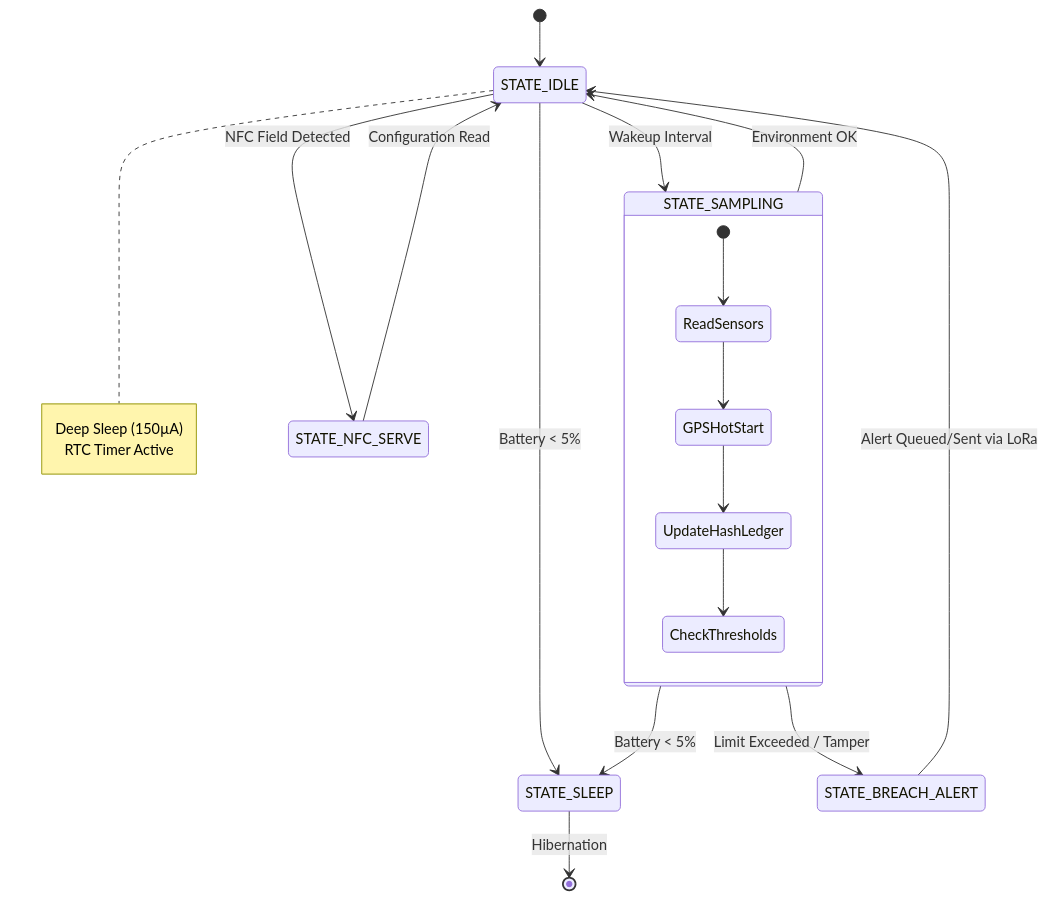
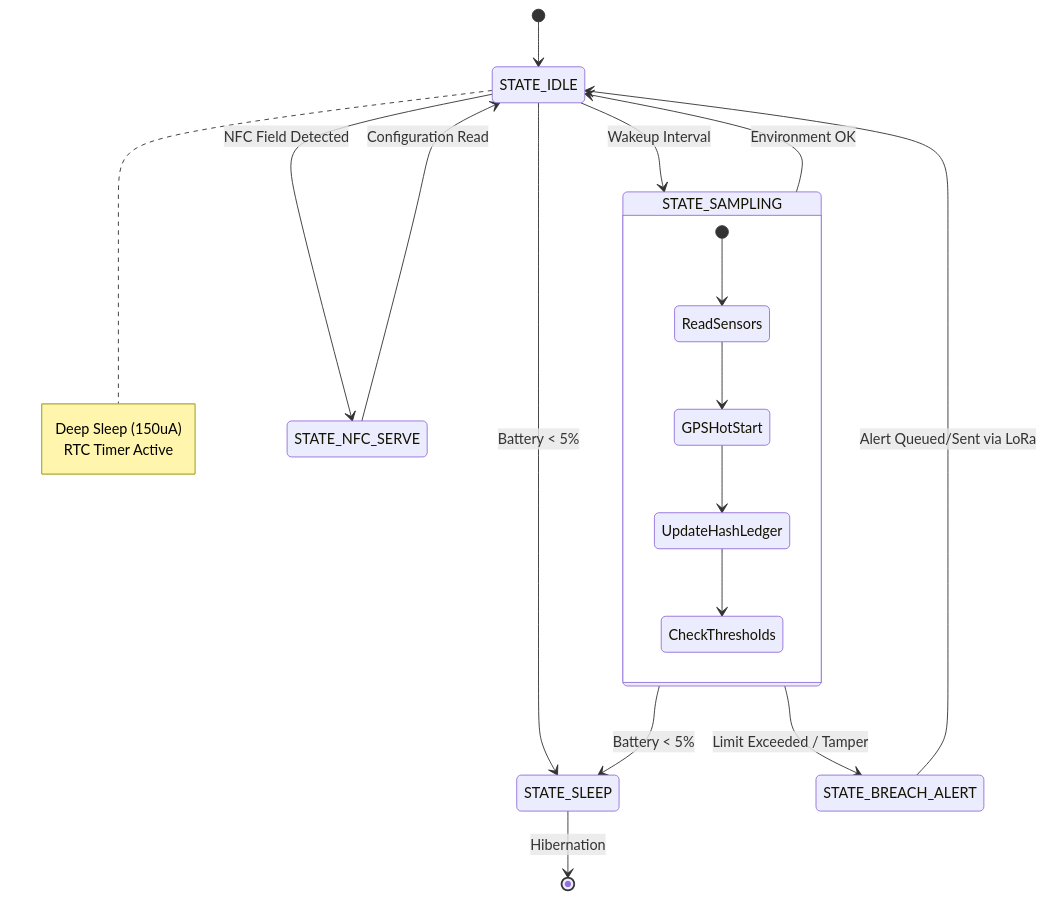
One commit to hydra-eng/CryoSentinel changed the second of 3 diagrams in README.md. Above: the diagram before and after it, drawn with Mermaid. The commit also changed other lines of this file and 2 other files, not shown here.

Commit message:
fix: Correct Mermaid diagrams, restore dashboard demo image, and convert schematic to compact playlist view

````diff
--- a/README.md
+++ b/README.md
@@ -165,31 +165,31 @@
 ```mermaid
 stateDiagram-v2
     direction TB
     
     [*] --> STATE_IDLE
     
     note right of STATE_IDLE
-        Deep Sleep (150µA)
+        Deep Sleep (150uA)
         RTC Timer Active
     end note
     
     STATE_IDLE --> STATE_SAMPLING : Wakeup Interval
     STATE_IDLE --> STATE_NFC_SERVE : NFC Field Detected
     STATE_IDLE --> STATE_SLEEP : Battery < 5%
     
     state STATE_SAMPLING {
         [*] --> ReadSensors
         ReadSensors --> GPSHotStart
         GPSHotStart --> UpdateHashLedger
         UpdateHashLedger --> CheckThresholds
     }
     
     STATE_SAMPLING --> STATE_BREACH_ALERT : Limit Exceeded / Tamper
     STATE_SAMPLING --> STATE_IDLE : Environment OK
     STATE_SAMPLING --> STATE_SLEEP : Battery < 5%
     
     STATE_BREACH_ALERT --> STATE_IDLE : Alert Queued/Sent via LoRa
     STATE_NFC_SERVE --> STATE_IDLE : Configuration Read
     
     STATE_SLEEP --> [*] : Hibernation
 ```
````
